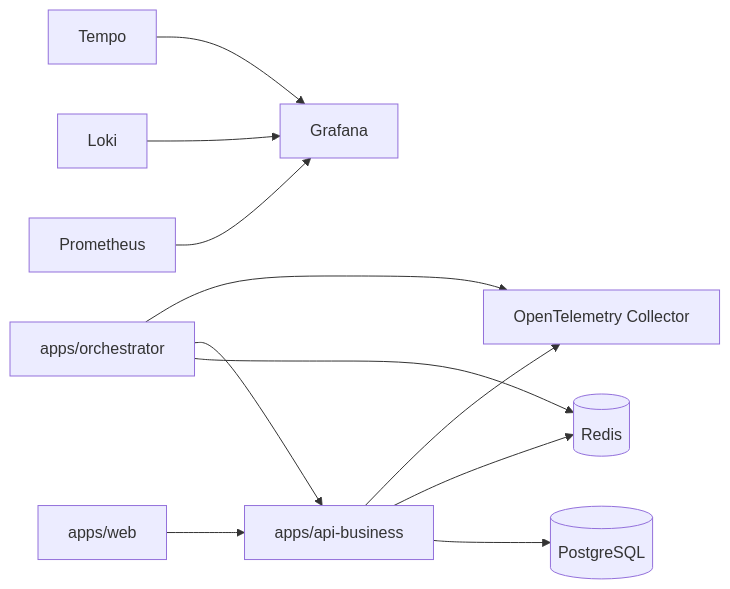
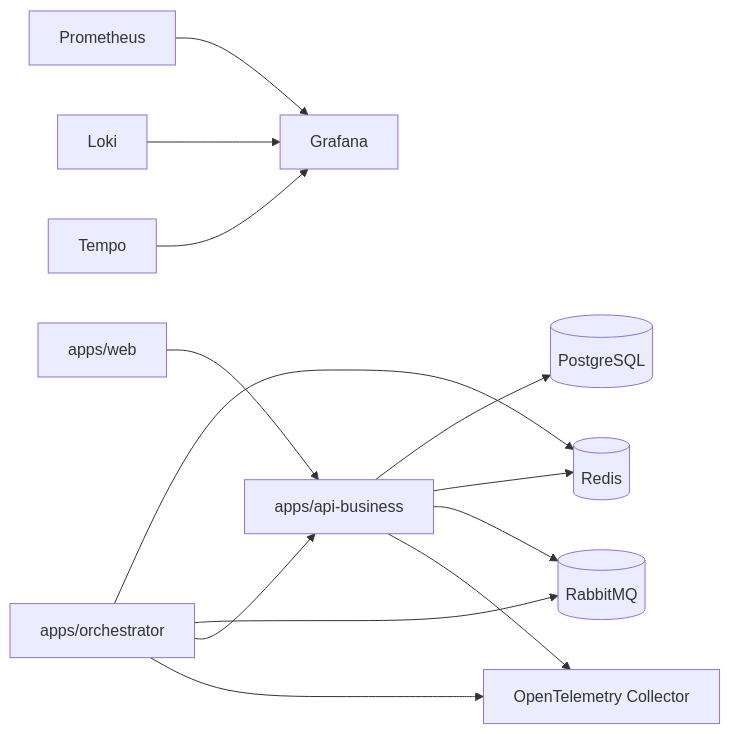
The first of 2 diagrams in docs/RUNNING_LOCALLY.md (CiceroDeveloper01/rag-platform), drawn with Mermaid before and after one commit. The commit also changed other lines of this file and 50 other files, not shown here.

````diff
--- a/docs/RUNNING_LOCALLY.md
+++ b/docs/RUNNING_LOCALLY.md
@@ -13,13 +13,15 @@
 ```mermaid
 flowchart LR
     Web[apps/web] --> API[apps/api-business]
     API --> Postgres[(PostgreSQL)]
     API --> Redis[(Redis)]
+    API --> Rabbit[(RabbitMQ)]
     Orchestrator[apps/orchestrator] --> Redis
+    Orchestrator --> Rabbit
     Orchestrator --> API
     Prometheus[Prometheus] --> Grafana[Grafana]
     Loki[Loki] --> Grafana
     Tempo[Tempo] --> Grafana
     API --> OTel[OpenTelemetry Collector]
     Orchestrator --> OTel
 ```
````
